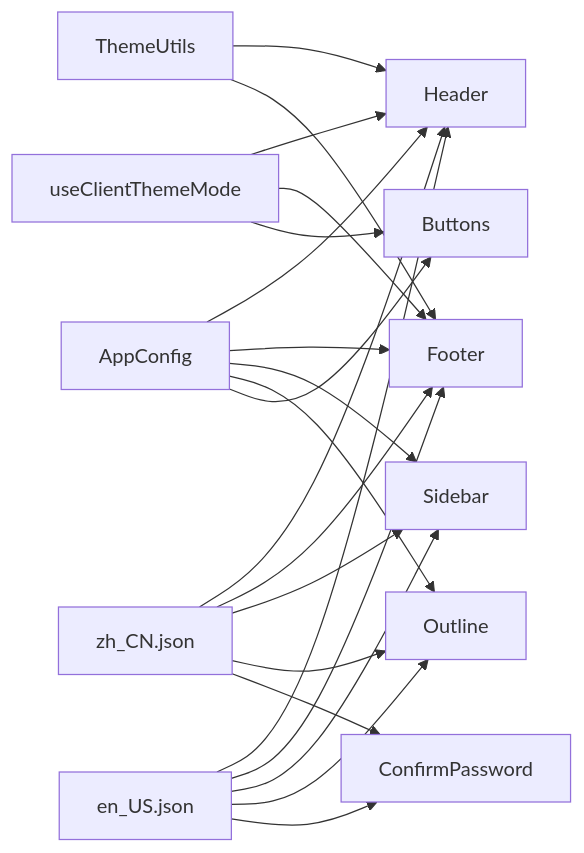
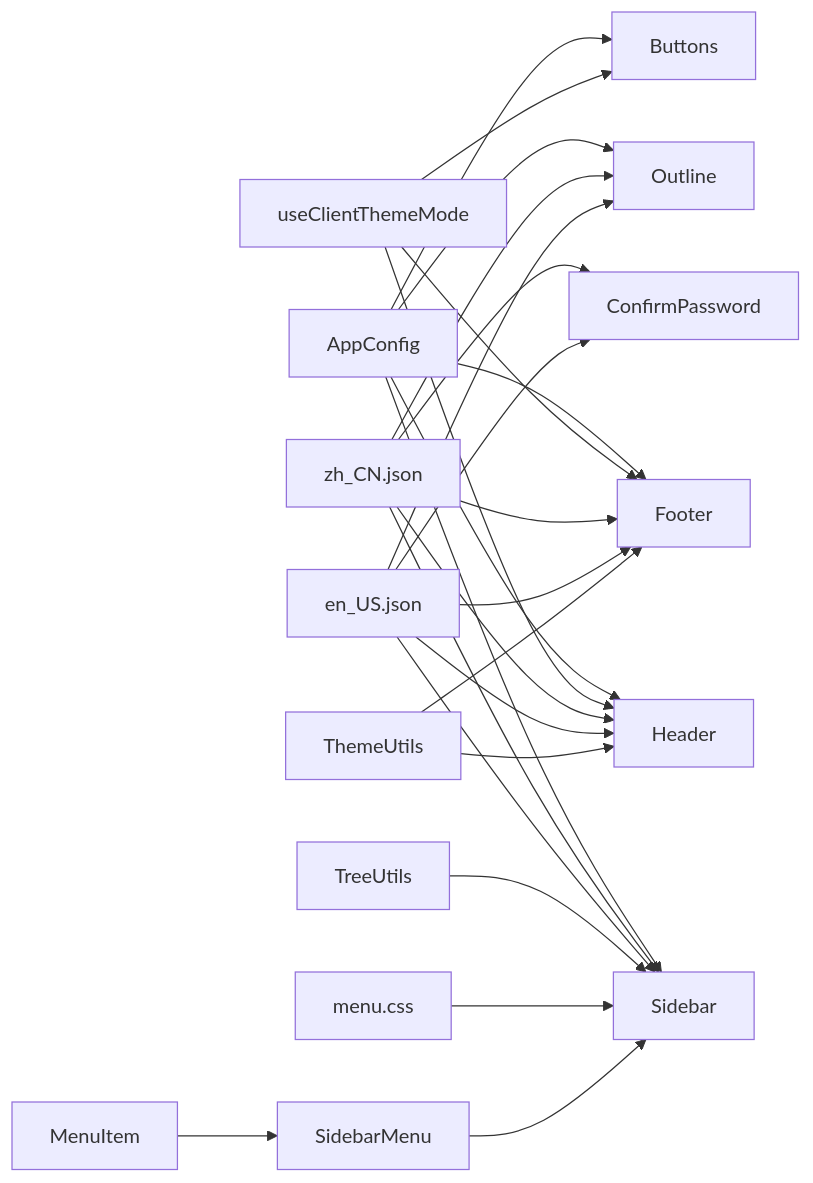
The tenth of 10 diagrams in .qoder/repowiki/zh/content/核心功能/UI 组件系统/UI 组件系统.md (terwer/siyuan-plugin-blog), drawn with Mermaid before and after one commit. The commit also changed other lines of this file and 3 other files, not shown here.

````diff
--- a/.qoder/repowiki/zh/content/核心功能/UI 组件系统/UI 组件系统.md
+++ b/.qoder/repowiki/zh/content/核心功能/UI 组件系统/UI 组件系统.md
@@ -375,23 +510,27 @@
 ```mermaid
 graph LR
 AC["AppConfig"] --> H["Header"]
 AC --> F["Footer"]
 AC --> S["Sidebar"]
 AC --> O["Outline"]
 AC --> B["Buttons"]
 TM["useClientThemeMode"] --> H
 TM --> F
 TM --> B
 ZH["zh_CN.json"] --> H
 ZH --> F
 ZH --> S
 ZH --> O
 ZH --> CP["ConfirmPassword"]
 EN["en_US.json"] --> H
 EN --> F
 EN --> S
 EN --> O
 EN --> CP
 TU["ThemeUtils"] --> H
 TU --> F
+TR["TreeUtils"] --> S
+MCSS["menu.css"] --> S
+SM["SidebarMenu"] --> S
+MI["MenuItem"] --> SM
 ```
````
